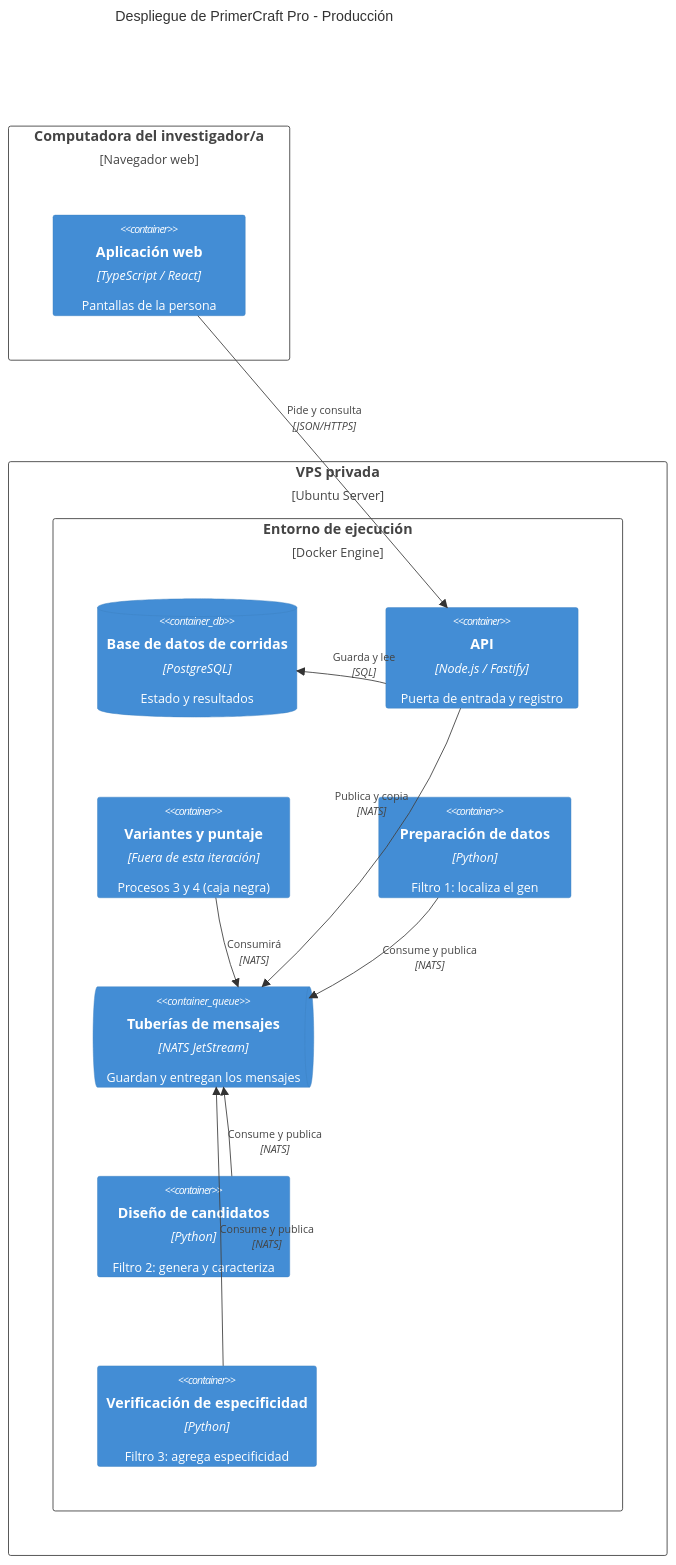
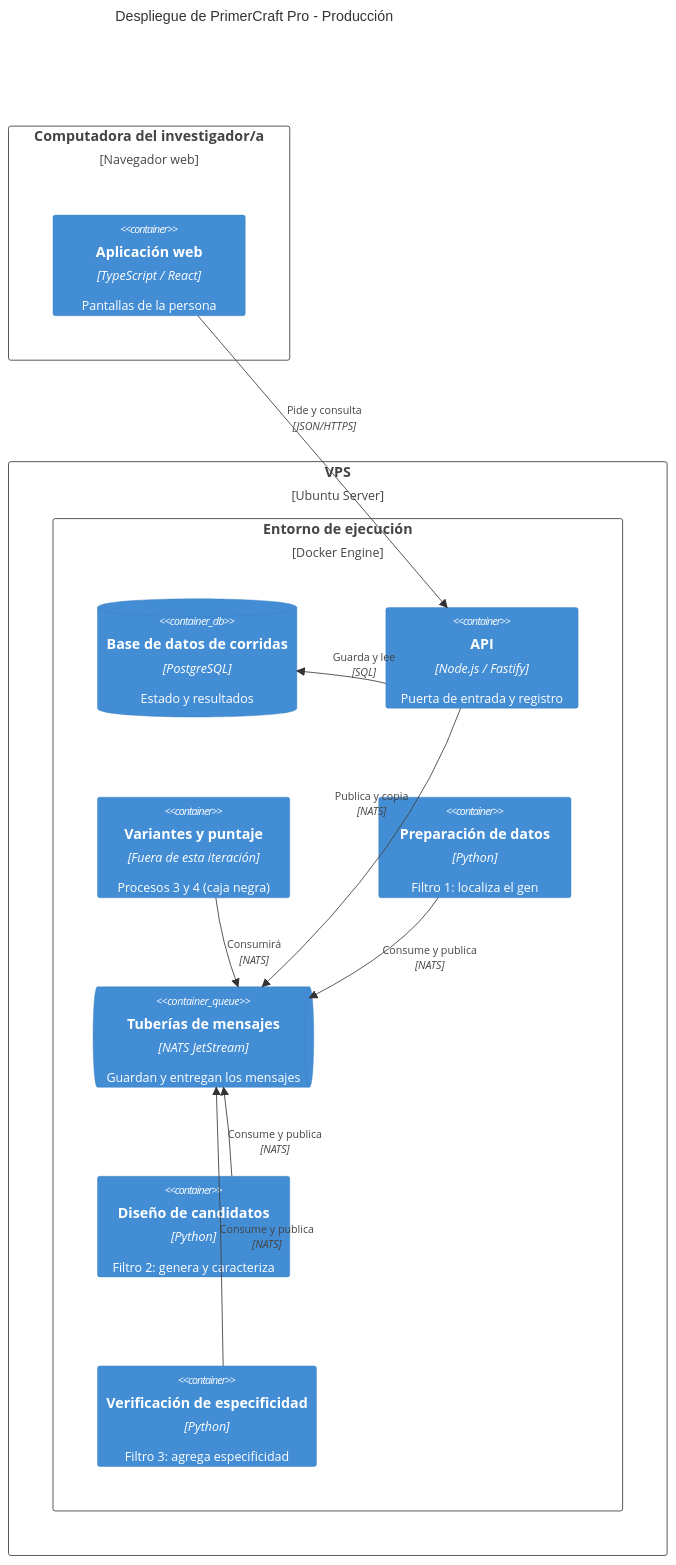
One commit to MatiasRiosMR/PrimerCraft-Pro-2026 changed the eighth of 8 diagrams in docs/architecture/arquitectura.md. Above: the diagram before and after it, drawn with Mermaid. The commit also changed other lines of this file and 2 other files, not shown here.

Commit message:
docs: cambio 'VPS privada' por 'VPS' en el despliegue, el README y el registro de IA

````diff
--- a/docs/architecture/arquitectura.md
+++ b/docs/architecture/arquitectura.md
@@ -850,34 +850,34 @@
 ```mermaid
 C4Deployment
     title Despliegue de PrimerCraft Pro - Producción
 
     Deployment_Node(pc, "Computadora del investigador/a", "Navegador web") {
         Container(web, "Aplicación web", "TypeScript / React", "Pantallas de la persona")
     }
 
-    Deployment_Node(srv, "VPS privada", "Ubuntu Server") {
+    Deployment_Node(srv, "VPS", "Ubuntu Server") {
         Deployment_Node(dk, "Entorno de ejecución", "Docker Engine") {
             ContainerDb(bd, "Base de datos de corridas", "PostgreSQL", "Estado y resultados")
             Container(api, "API", "Node.js / Fastify", "Puerta de entrada y registro")
             Container(p34, "Variantes y puntaje", "Fuera de esta iteración", "Procesos 3 y 4 (caja negra)")
             Container(prep, "Preparación de datos", "Python", "Filtro 1: localiza el gen")
             ContainerQueue(tub, "Tuberías de mensajes", "NATS JetStream", "Guardan y entregan los mensajes")
             Container(dis, "Diseño de candidatos", "Python", "Filtro 2: genera y caracteriza")
             Container(ver, "Verificación de especificidad", "Python", "Filtro 3: agrega especificidad")
         }
     }
 
     Rel_D(web, api, "Pide y consulta", "JSON/HTTPS")
     Rel_L(api, bd, "Guarda y lee", "SQL")
     Rel_D(api, tub, "Publica y copia", "NATS")
     Rel_L(prep, tub, "Consume y publica", "NATS")
     Rel_U(dis, tub, "Consume y publica", "NATS")
     Rel_U(ver, tub, "Consume y publica", "NATS")
     Rel_D(p34, tub, "Consumirá", "NATS")
 
     UpdateRelStyle(web, api, $offsetX="-40", $offsetY="-60")
     UpdateRelStyle(api, bd, $offsetX="-10", $offsetY="-25")
     UpdateRelStyle(api, tub, $offsetX="-30", $offsetY="-60")
     UpdateRelStyle(prep, tub, $offsetX="10", $offsetY="0")
     UpdateLayoutConfig($c4ShapeInRow="2", $c4BoundaryInRow="1")
 ```
````
